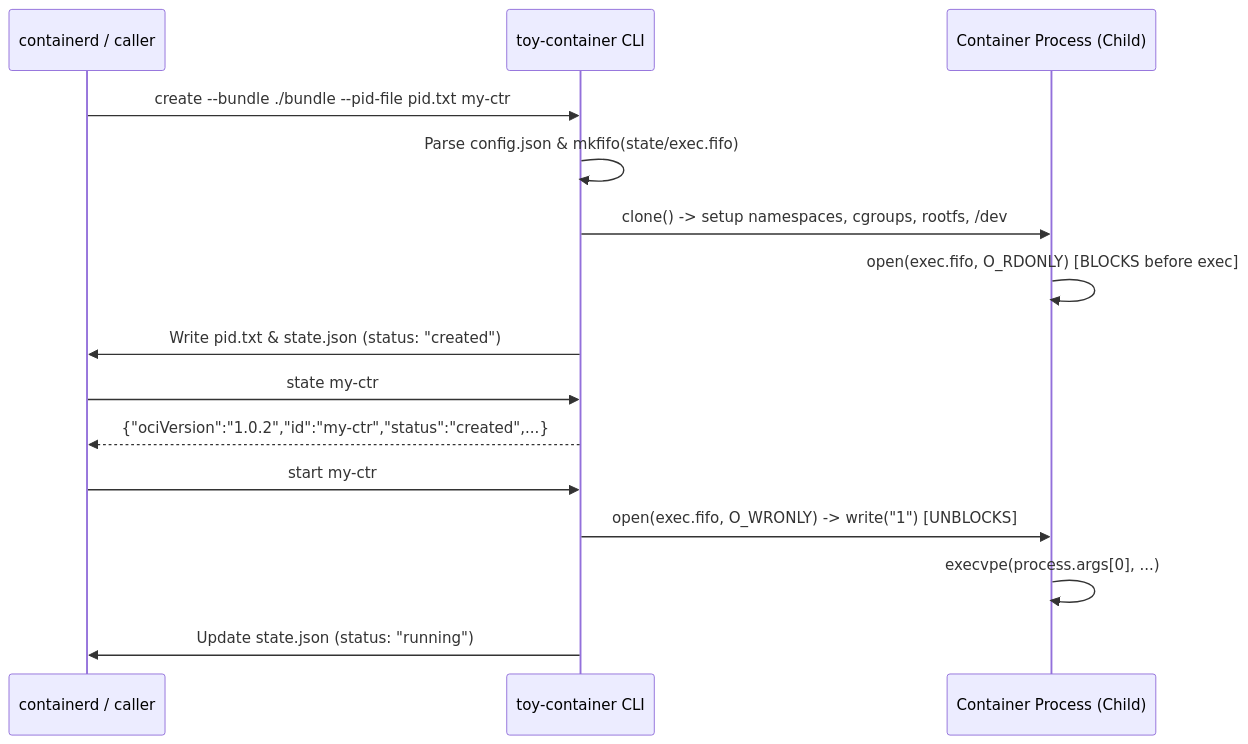
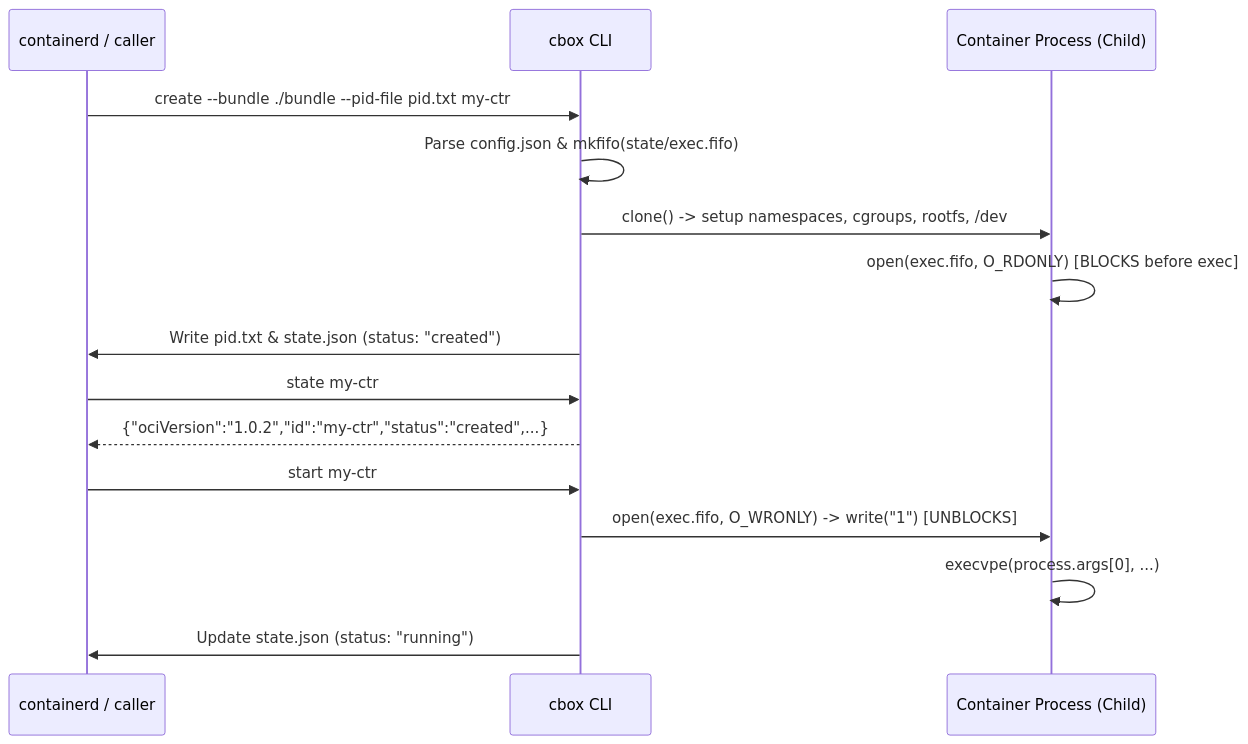
Before and after one commit to elvin-mark/cbox: the diagram in docs/06-oci-and-kubernetes.md, drawn with Mermaid. The commit also changed other lines of this file and 16 other files, not shown here.

````diff
--- a/docs/06-oci-and-kubernetes.md
+++ b/docs/06-oci-and-kubernetes.md
@@ -30,18 +30,18 @@
 ```mermaid
 sequenceDiagram
     participant C as containerd / caller
-    participant TC as toy-container CLI
+    participant TC as cbox CLI
     participant P as Container Process (Child)
 
     C->>TC: create --bundle ./bundle --pid-file pid.txt my-ctr
     TC->>TC: Parse config.json & mkfifo(state/exec.fifo)
     TC->>P: clone() -> setup namespaces, cgroups, rootfs, /dev
     P->>P: open(exec.fifo, O_RDONLY) [BLOCKS before exec]
     TC->>C: Write pid.txt & state.json (status: "created")
     C->>TC: state my-ctr
     TC-->>C: {"ociVersion":"1.0.2","id":"my-ctr","status":"created",...}
     C->>TC: start my-ctr
     TC->>P: open(exec.fifo, O_WRONLY) -> write("1") [UNBLOCKS]
     P->>P: execvpe(process.args[0], ...)
     TC->>C: Update state.json (status: "running")
 ```
````
